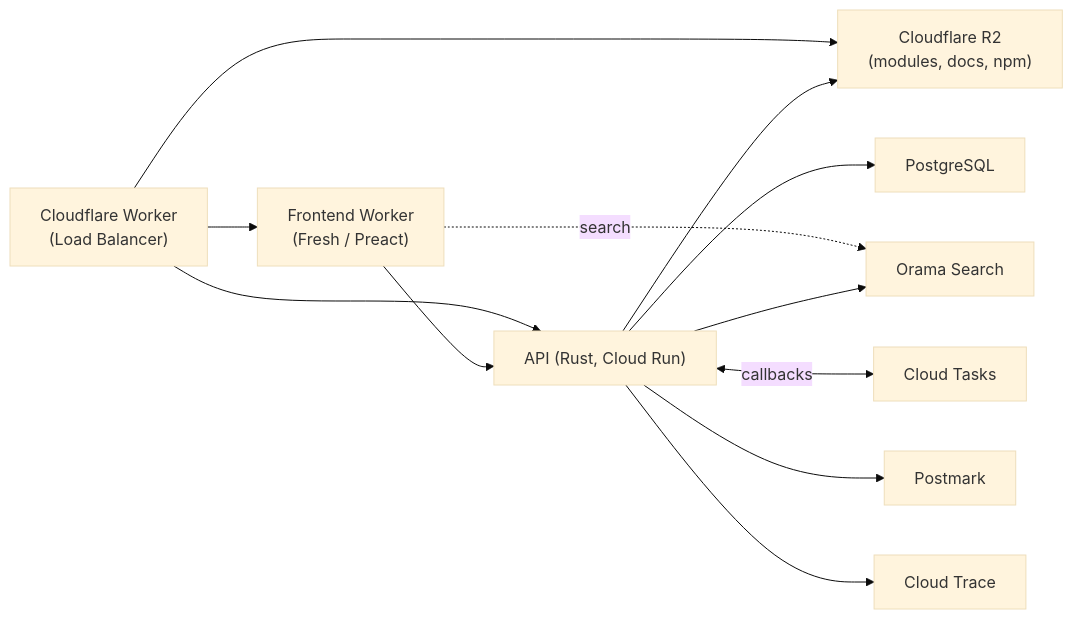
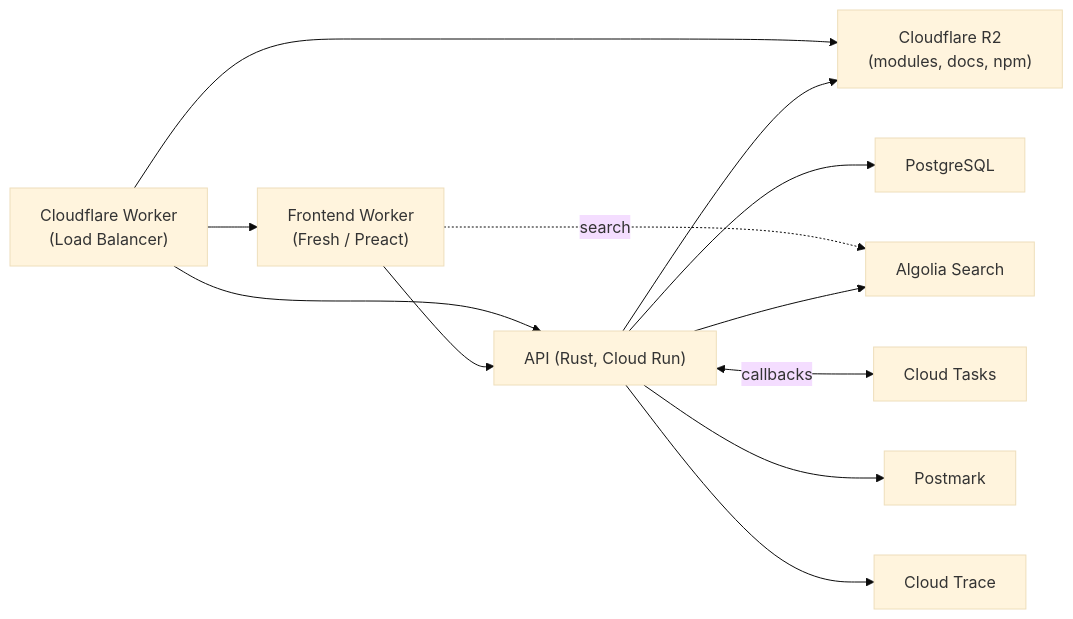
One commit to jsr-io/jsr changed the diagram in architecture.md. Above: the diagram before and after it, drawn with Mermaid (base theme). The commit also changed other lines of this file and 41 other files, not shown here.

Commit message:
refactor: move to algolia for search

````diff
--- a/architecture.md
+++ b/architecture.md
@@ -21,18 +21,18 @@
 ```mermaid
 graph LR
     Worker["Cloudflare Worker<br/>(Load Balancer)"]
 
     Worker --> Frontend["Frontend Worker<br/>(Fresh / Preact)"]
     Worker --> API["API (Rust, Cloud Run)"]
     Worker --> R2["Cloudflare R2<br/>(modules, docs, npm)"]
 
     Frontend --> API
-    Frontend -. "search" .-> Orama["Orama Search"]
+    Frontend -. "search" .-> Algolia["Algolia Search"]
 
     API --> R2
     API --> Postgres["PostgreSQL"]
-    API --> Orama
+    API --> Algolia
     API <-- "callbacks" --> CloudTasks["Cloud Tasks"]
     API --> Postmark["Postmark"]
     API --> Trace["Cloud Trace"]
 ```
````
